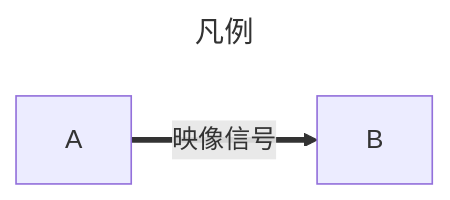
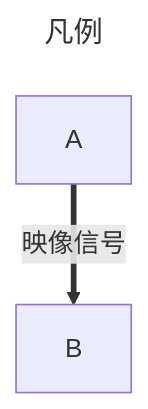
Before and after one commit to SetsunaYumemukai/CreateFolder_YearandMonth: the diagram in README.md, drawn with Mermaid.

Commit message:
fix: fixed the mermaid syntax

````diff
--- a/README.md
+++ b/README.md
@@ -56,7 +56,7 @@
 ```mermaid
 ---
 title: 凡例
 ---
-graph LR
+graph
   A == 映像信号 ==> B
 ```
````
